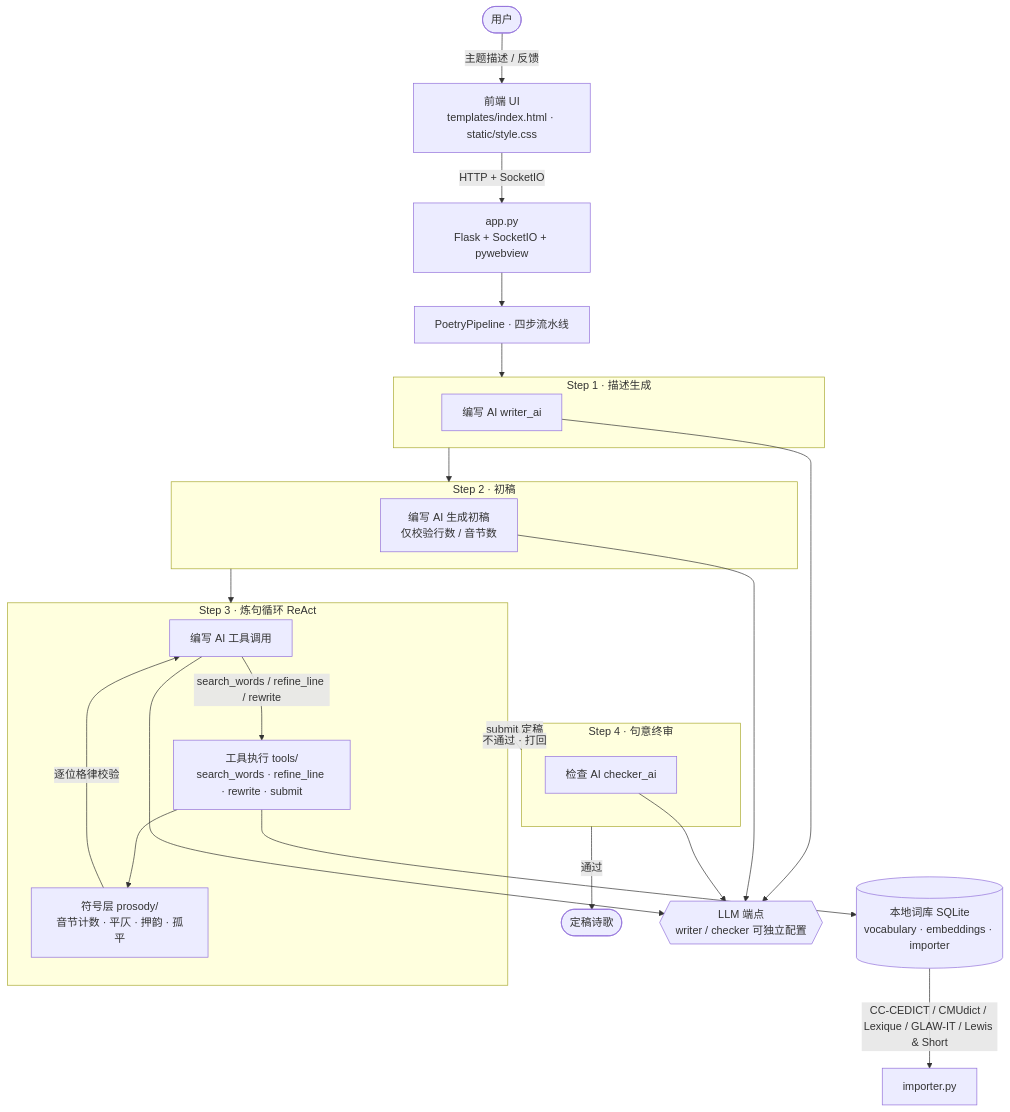
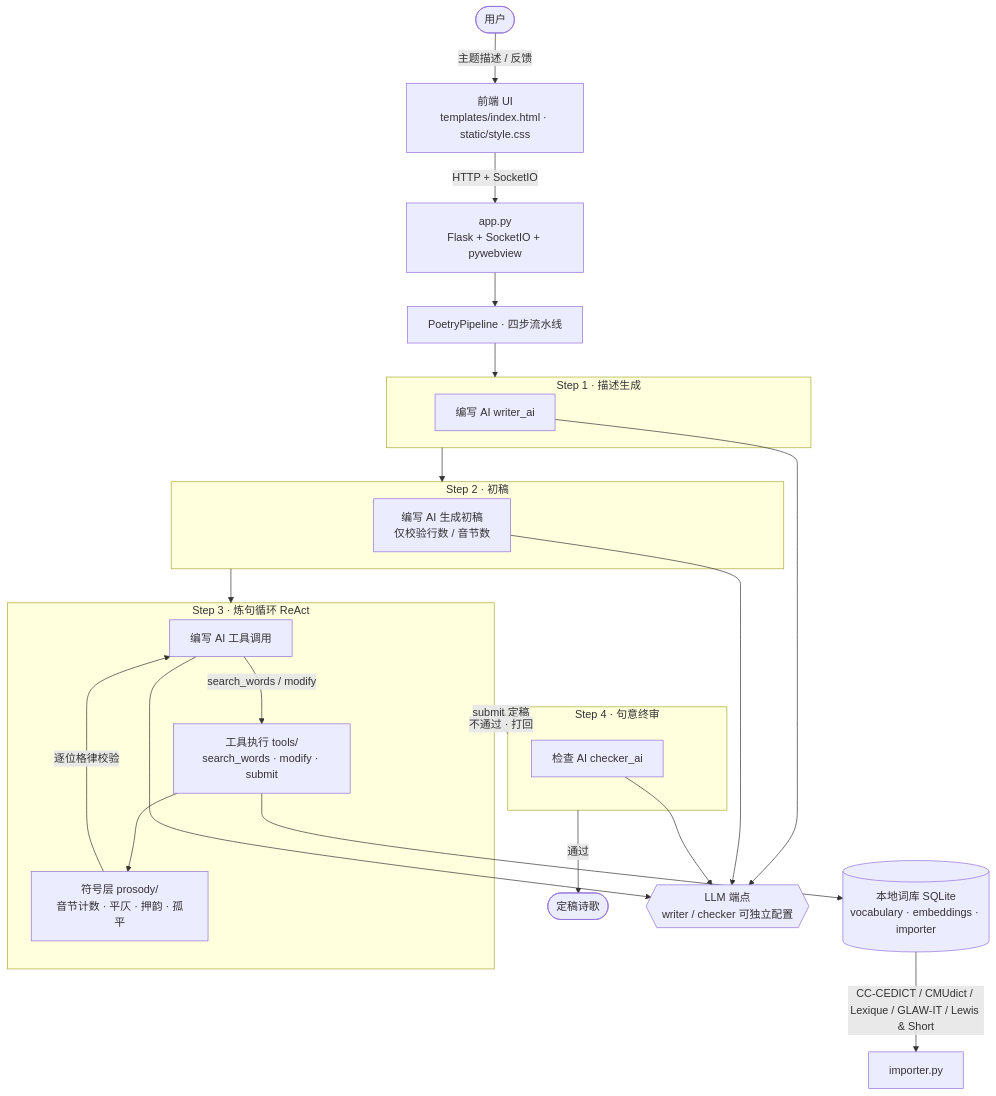
One commit to xhdlphzr/StanzaWeaver changed the diagram in docs/README.zh.md. Above: the diagram before and after it, drawn with Mermaid. The commit also changed other lines of this file and 21 other files, not shown here.

````diff
--- a/docs/README.zh.md
+++ b/docs/README.zh.md
@@ -71,34 +70,34 @@
 ```mermaid
 flowchart TD
     User([用户]) -->|主题描述 / 反馈| UI[前端 UI<br/>templates/index.html · static/style.css]
     UI -->|HTTP + SocketIO| App[app.py<br/>Flask + SocketIO + pywebview]
 
     App --> Pipe[PoetryPipeline · 四步流水线]
 
     subgraph S1 [Step 1 · 描述生成]
         W1[编写 AI writer_ai]
     end
     subgraph S2 [Step 2 · 初稿]
         W2[编写 AI 生成初稿<br/>仅校验行数 / 音节数]
     end
     subgraph S3 [Step 3 · 炼句循环 ReAct]
         W3[编写 AI 工具调用]
-        T[工具执行 tools/<br/>search_words · refine_line · rewrite · submit]
+        T[工具执行 tools/<br/>search_words · modify · submit]
         Sym[符号层 prosody/<br/>音节计数 · 平仄 · 押韵 · 孤平]
-        W3 -->|search_words / refine_line / rewrite| T
+        W3 -->|search_words / modify| T
         T --> Sym
         Sym -->|逐位格律校验| W3
     end
     subgraph S4 [Step 4 · 句意终审]
         C[检查 AI checker_ai]
     end
 
     Pipe --> S1 --> S2 --> S3
     S3 -->|submit 定稿| S4
     S4 -->|不通过 · 打回| S3
     S4 -->|通过| Out([定稿诗歌])
 
     W1 & W2 & W3 & C --> LLM{{LLM 端点<br/>writer / checker 可独立配置}}
     T --> KB[(本地词库 SQLite<br/>vocabulary · embeddings · importer)]
     KB -->|CC-CEDICT / CMUdict / Lexique / GLAW-IT / Lewis & Short| Imp[importer.py]
 ```
````
